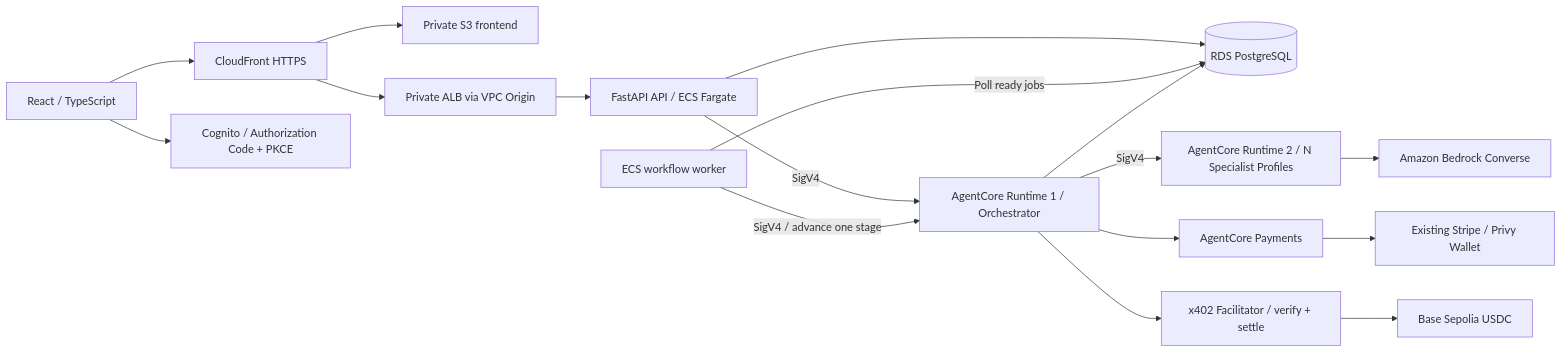
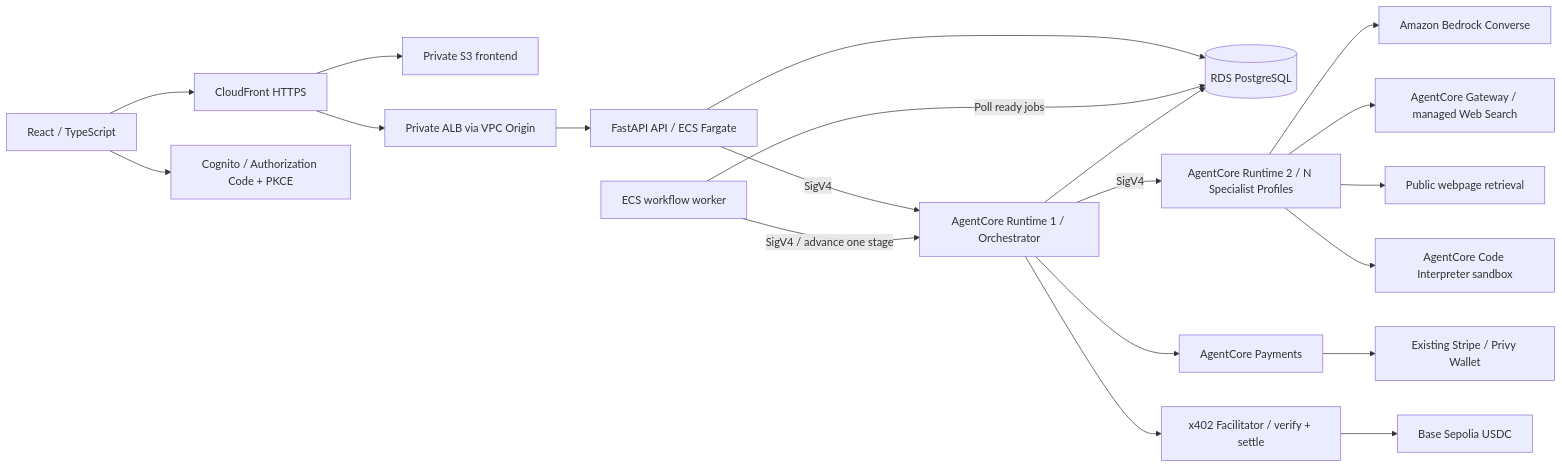
Before and after one commit to milan9527/agent-marketplace: the first of 3 diagrams in docs/architecture.md, drawn with Mermaid. The commit also changed other lines of this file and 32 other files, not shown here.

Commit message:
Execute agents with real AgentCore tools and durable evidence

````diff
--- a/docs/architecture.md
+++ b/docs/architecture.md
@@ -5,19 +5,22 @@
 ```mermaid
 flowchart LR
   Browser[React / TypeScript] --> CF[CloudFront HTTPS]
   CF --> S3[Private S3 frontend]
   CF --> ALB[Private ALB via VPC Origin]
   ALB --> API[FastAPI API / ECS Fargate]
   Browser --> Cognito[Cognito / Authorization Code + PKCE]
   API -->|SigV4| O[AgentCore Runtime 1 / Orchestrator]
   API --> DB[(RDS PostgreSQL)]
   W[ECS workflow worker] -->|Poll ready jobs| DB
   W -->|SigV4 / advance one stage| O
   O --> DB
   O -->|SigV4| B[AgentCore Runtime 2 / N Specialist Profiles]
   B --> Bedrock[Amazon Bedrock Converse]
+  B --> Search[AgentCore Gateway / managed Web Search]
+  B --> Pages[Public webpage retrieval]
+  B --> Code[AgentCore Code Interpreter sandbox]
   O --> Payments[AgentCore Payments]
   Payments --> Wallet[Existing Stripe / Privy Wallet]
   O --> Facilitator[x402 Facilitator / verify + settle]
   Facilitator --> Base[Base Sepolia USDC]
 ```
````
